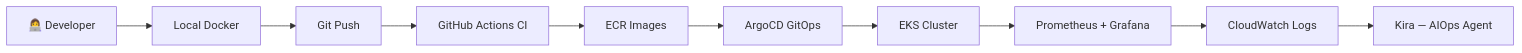
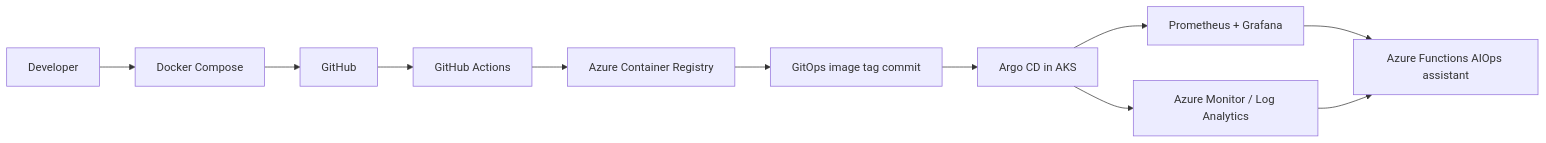
The diagram in docs/part2-workflow.md (Bharathreddyd3297/JuneAWSAIOpsProj), drawn with Mermaid before and after one commit. The commit also changed other lines of this file and 92 other files, not shown here.

````diff
--- a/docs/part2-workflow.md
+++ b/docs/part2-workflow.md
@@ -11,12 +5,13 @@
 ```mermaid
 flowchart LR
-    A[👩‍💻 Developer] --> B[Local Docker]
-    B --> C[Git Push]
-    C --> D[GitHub Actions CI]
-    D --> E[ECR Images]
-    E --> F[ArgoCD GitOps]
-    F --> G[EKS Cluster]
+    A[Developer] --> B[Docker Compose]
+    B --> C[GitHub]
+    C --> D[GitHub Actions]
+    D --> E[Azure Container Registry]
+    E --> F[GitOps image tag commit]
+    F --> G[Argo CD in AKS]
     G --> H[Prometheus + Grafana]
-    H --> I[CloudWatch Logs]
-    I --> J[Kira — AIOps Agent]
+    G --> I[Azure Monitor / Log Analytics]
+    H --> J[Azure Functions AIOps assistant]
+    I --> J
 ```
````
